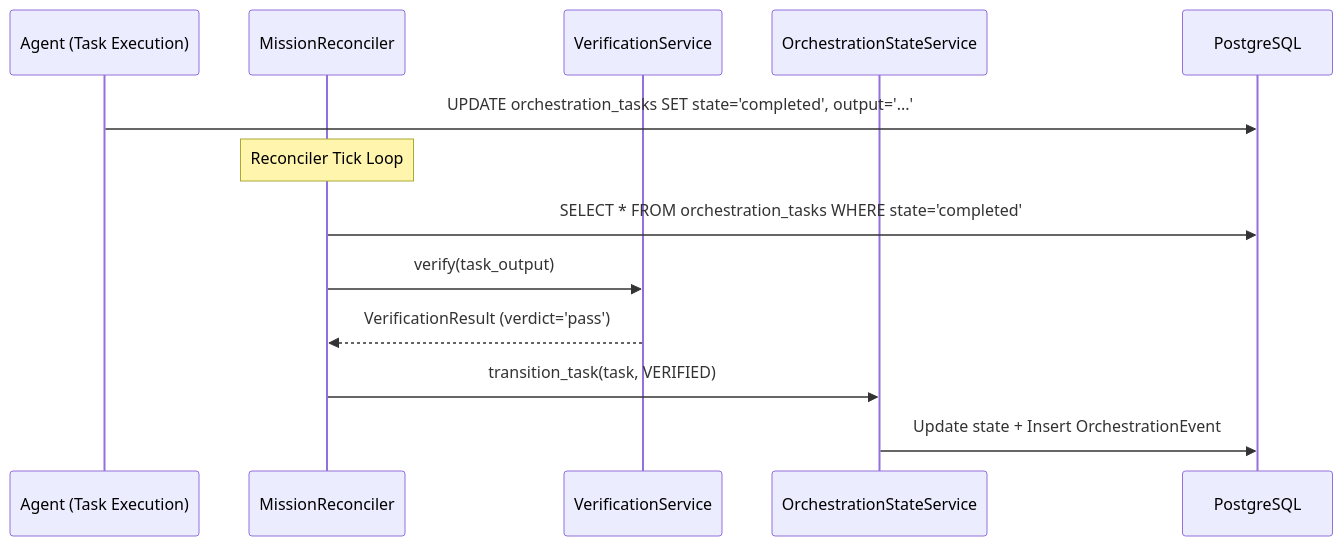
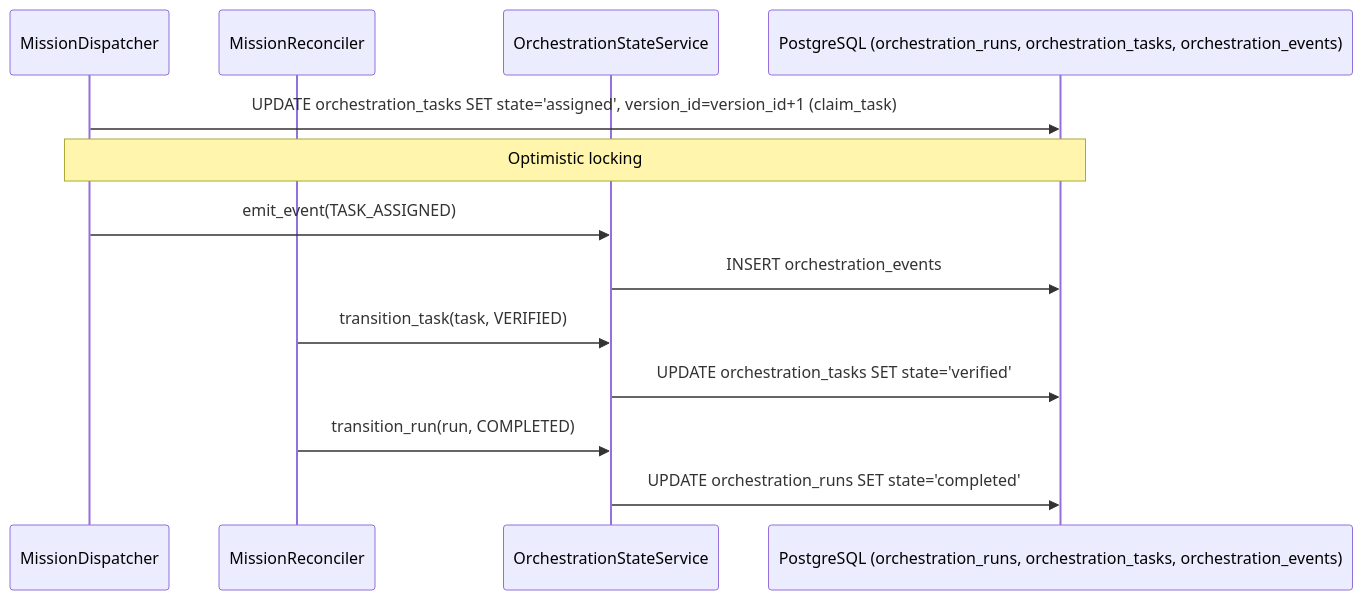
Before and after one commit to AutomatosAI/automatos-ai: the second of 3 diagrams in docs/missions-multi-agent-coordination/mission-data-model.md, drawn with Mermaid. The commit also changed other lines of this file and 191 other files, not shown here.

````diff
--- a/docs/missions-multi-agent-coordination/mission-data-model.md
+++ b/docs/missions-multi-agent-coordination/mission-data-model.md
@@ -142,16 +169,16 @@
 ```mermaid
 sequenceDiagram
-    participant AG as Agent (Task Execution)
-    participant RC as MissionReconciler
-    participant VS as VerificationService
+    participant D as MissionDispatcher
+    participant R as MissionReconciler
     participant S as OrchestrationStateService
-    participant DB as PostgreSQL
+    participant DB as PostgreSQL (orchestration_runs, orchestration_tasks, orchestration_events)
 
-    AG->>DB: UPDATE orchestration_tasks SET state='completed', output='...'
-    Note over RC: Reconciler Tick Loop
-    RC->>DB: SELECT * FROM orchestration_tasks WHERE state='completed'
-    RC->>VS: verify(task_output)
-    VS-->>RC: VerificationResult (verdict='pass')
-    RC->>S: transition_task(task, VERIFIED)
-    S->>DB: Update state + Insert OrchestrationEvent
+    D->>DB: UPDATE orchestration_tasks SET state='assigned', version_id=version_id+1 (claim_task)
+    Note over D,DB: Optimistic locking
+    D->>S: emit_event(TASK_ASSIGNED)
+    S->>DB: INSERT orchestration_events
+    R->>S: transition_task(task, VERIFIED)
+    S->>DB: UPDATE orchestration_tasks SET state='verified'
+    R->>S: transition_run(run, COMPLETED)
+    S->>DB: UPDATE orchestration_runs SET state='completed'
 ```
````
